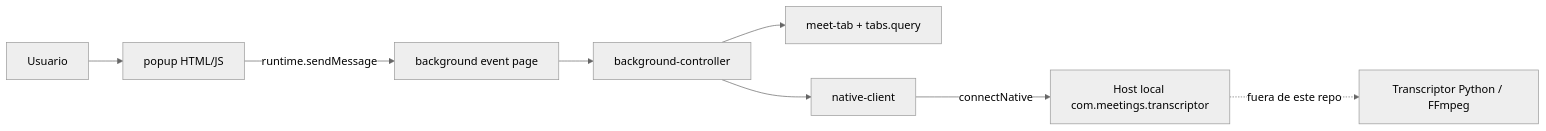
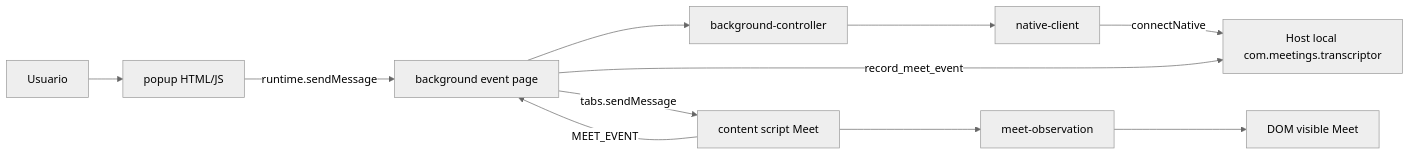
Before and after one commit to javiermarcon/transcriptor-firefox: the diagram in ARCHITECTURE.md, drawn with Mermaid (neutral theme). The commit also changed other lines of this file and 32 other files, not shown here.

````diff
--- a/ARCHITECTURE.md
+++ b/ARCHITECTURE.md
@@ -7,10 +7,13 @@
 ```mermaid
 flowchart LR
   User[Usuario] --> Popup[popup HTML/JS]
   Popup -->|runtime.sendMessage| BG[background event page]
   BG --> Ctrl[background-controller]
-  Ctrl --> Tab[meet-tab + tabs.query]
   Ctrl --> Client[native-client]
   Client -->|connectNative| Host[Host local com.meetings.transcriptor]
-  Host -.->|fuera de este repo| Py[Transcriptor Python / FFmpeg]
+  BG -->|tabs.sendMessage| CS[content script Meet]
+  CS --> Obs[meet-observation]
+  Obs --> DOM[DOM visible Meet]
+  CS -->|MEET_EVENT| BG
+  BG -->|record_meet_event| Host
 ```
````
